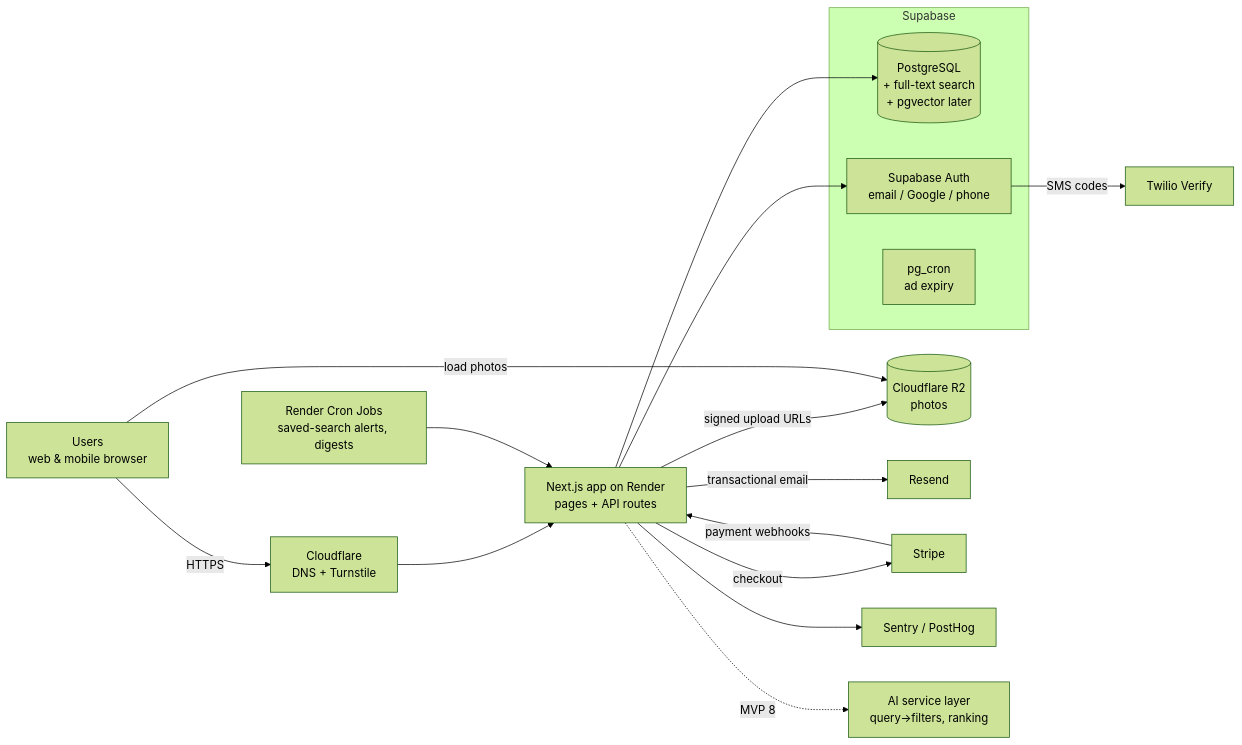
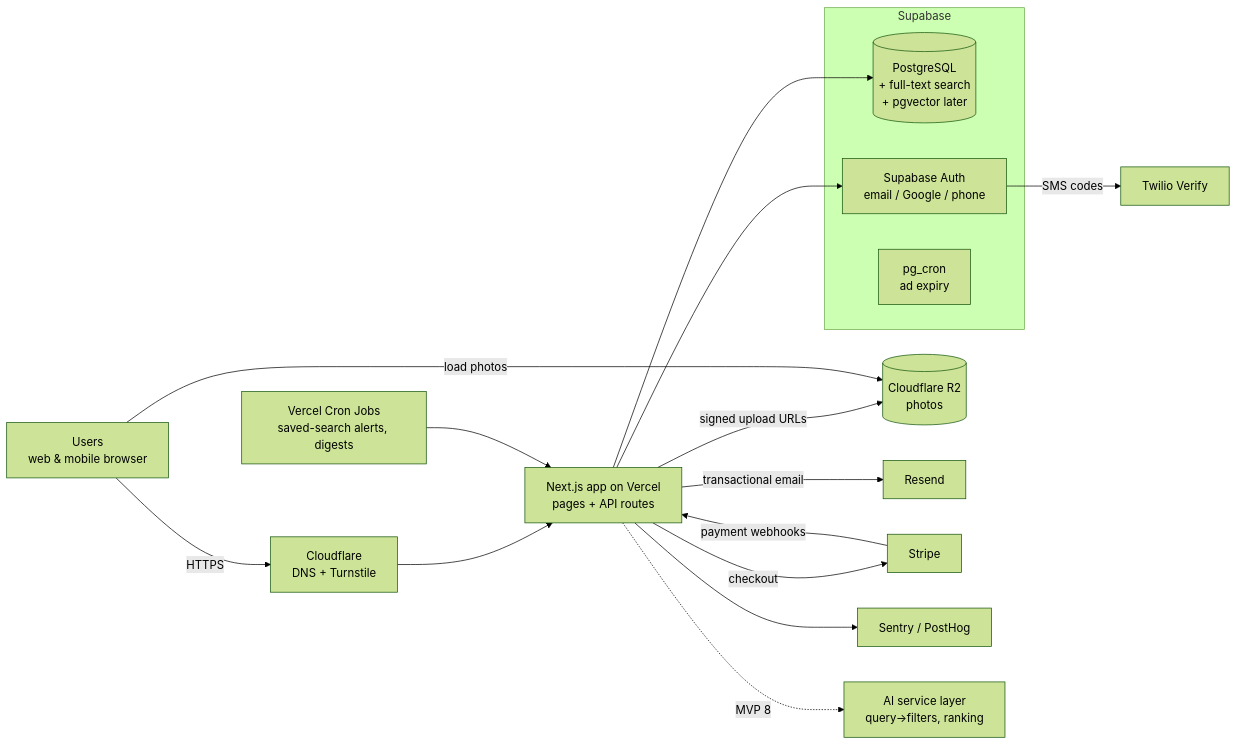
One commit to pran107999/desinetwork changed the diagram in docs/architecture.md. Above: the diagram before and after it, drawn with Mermaid (forest theme). The commit also changed other lines of this file and 12 other files, not shown here.

````diff
--- a/docs/architecture.md
+++ b/docs/architecture.md
@@ -53,23 +53,23 @@
 ```mermaid
 flowchart LR
     U[Users<br/>web & mobile browser] -->|HTTPS| CF[Cloudflare<br/>DNS + Turnstile]
-    CF --> APP[Next.js app on Render<br/>pages + API routes]
+    CF --> APP[Next.js app on Vercel<br/>pages + API routes]
 
     subgraph Supabase
       DB[(PostgreSQL<br/>+ full-text search<br/>+ pgvector later)]
       AUTH[Supabase Auth<br/>email / Google / phone]
       CRON[pg_cron<br/>ad expiry]
     end
 
     APP --> DB
     APP --> AUTH
     AUTH -->|SMS codes| TW[Twilio Verify]
     APP -->|signed upload URLs| R2[(Cloudflare R2<br/>photos)]
     U -->|load photos| R2
     APP -->|transactional email| RS[Resend]
     APP -->|checkout| ST[Stripe]
     ST -->|payment webhooks| APP
     APP --> SEN[Sentry / PostHog]
-    RC[Render Cron Jobs<br/>saved-search alerts, digests] --> APP
+    RC[Vercel Cron Jobs<br/>saved-search alerts, digests] --> APP
     APP -.->|MVP 8| AI[AI service layer<br/>query→filters, ranking]
 ```
````
